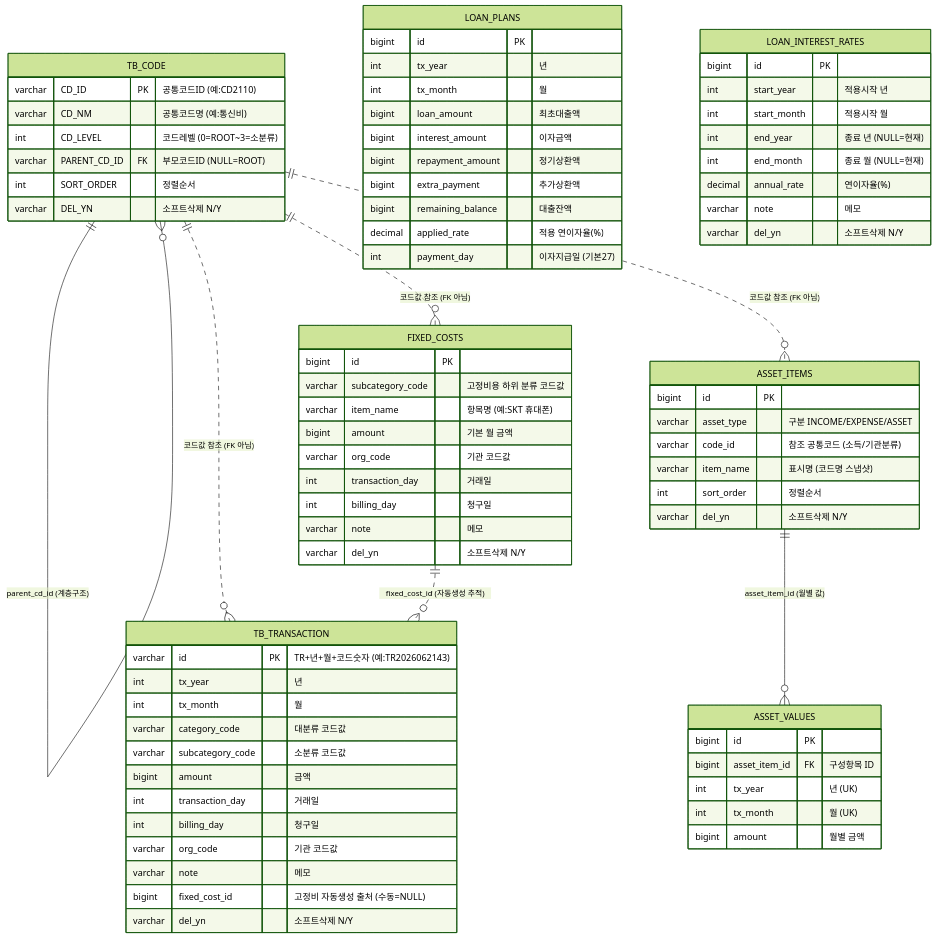
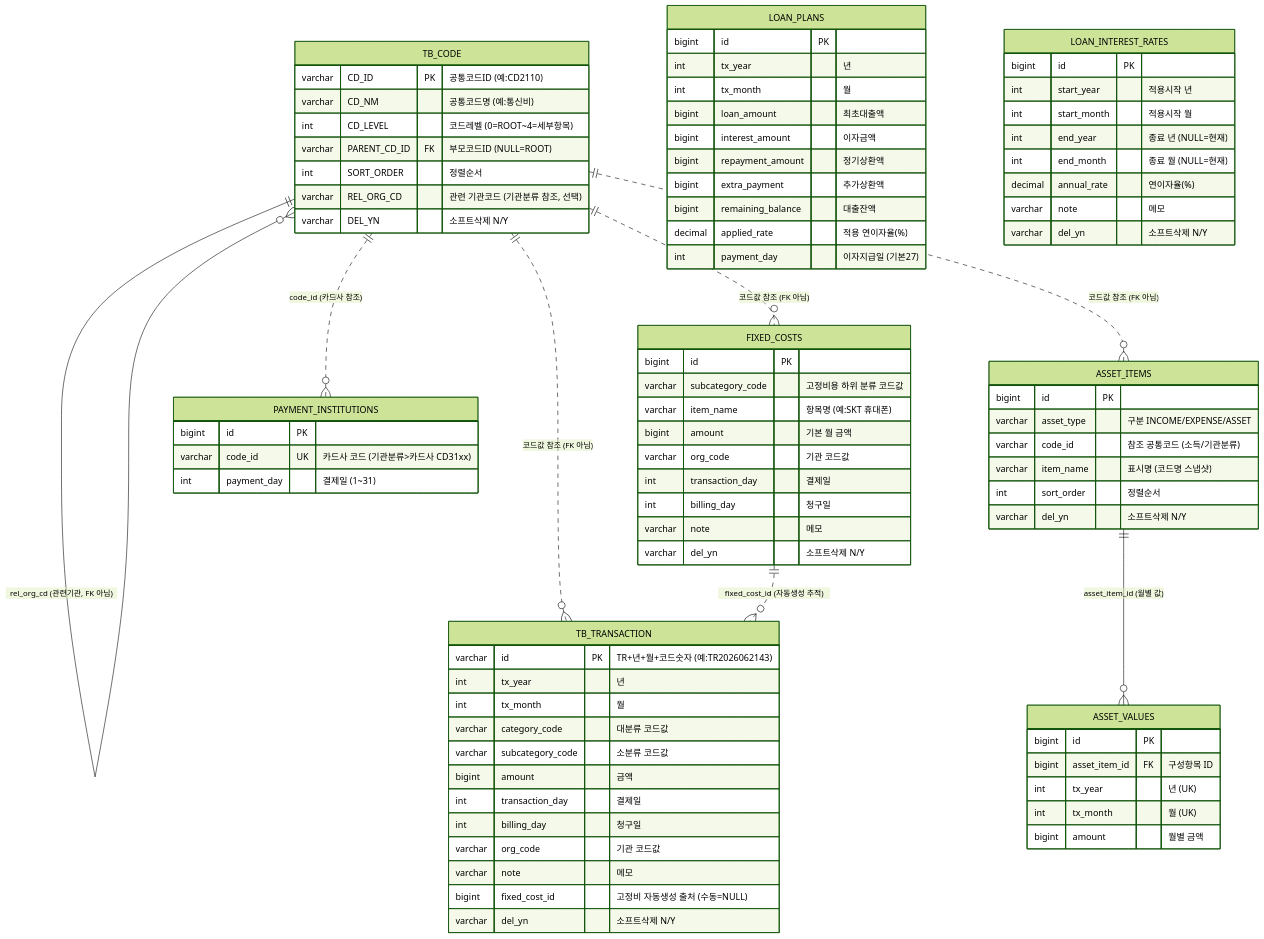
The diagram in ERD.md (yeonzii/finance-app), drawn with Mermaid (forest theme) before and after one commit. The commit also changed other lines of this file and 1 other file, not shown here.

Commit message:
docs: HISTORY/ERD 최신화 (6~12단계, REL_ORG_CD, 결제기관)
- HISTORY: MySQL전환 ~ UI정리(12단계)까지 개발 히스토리 정리
- ERD: TB_CODE.REL_ORG_CD 추가, PAYMENT_INSTITUTIONS 테이블 추가
  - 관련기관/결제기관 관계선·테이블 설명 반영
  - transaction_day 명칭 결제일로 통일

````diff
--- a/ERD.md
+++ b/ERD.md
@@ -8,18 +8,21 @@
 ```mermaid
 erDiagram
     TB_CODE ||--o{ TB_CODE : "parent_cd_id (계층구조)"
+    TB_CODE ||--o{ TB_CODE : "rel_org_cd (관련기관, FK 아님)"
     TB_CODE ||..o{ TB_TRANSACTION : "코드값 참조 (FK 아님)"
     TB_CODE ||..o{ FIXED_COSTS : "코드값 참조 (FK 아님)"
     TB_CODE ||..o{ ASSET_ITEMS : "코드값 참조 (FK 아님)"
+    TB_CODE ||..o{ PAYMENT_INSTITUTIONS : "code_id (카드사 참조)"
     FIXED_COSTS ||..o{ TB_TRANSACTION : "fixed_cost_id (자동생성 추적)"
     ASSET_ITEMS ||--o{ ASSET_VALUES : "asset_item_id (월별 값)"
 
     TB_CODE {
         varchar CD_ID PK "공통코드ID (예:CD2110)"
         varchar CD_NM "공통코드명 (예:통신비)"
-        int CD_LEVEL "코드레벨 (0=ROOT~3=소분류)"
+        int CD_LEVEL "코드레벨 (0=ROOT~4=세부항목)"
         varchar PARENT_CD_ID FK "부모코드ID (NULL=ROOT)"
         int SORT_ORDER "정렬순서"
+        varchar REL_ORG_CD "관련 기관코드 (기관분류 참조, 선택)"
         varchar DEL_YN "소프트삭제 N/Y"
     }
 
@@ -30,7 +33,7 @@
         varchar category_code "대분류 코드값"
         varchar subcategory_code "소분류 코드값"
         bigint amount "금액"
-        int transaction_day "거래일"
+        int transaction_day "결제일"
         int billing_day "청구일"
         varchar org_code "기관 코드값"
         varchar note "메모"
@@ -44,10 +47,16 @@
         varchar item_name "항목명 (예:SKT 휴대폰)"
         bigint amount "기본 월 금액"
         varchar org_code "기관 코드값"
-        int transaction_day "거래일"
+        int transaction_day "결제일"
         int billing_day "청구일"
         varchar note "메모"
         varchar del_yn "소프트삭제 N/Y"
+    }
+
+    PAYMENT_INSTITUTIONS {
+        bigint id PK
+        varchar code_id UK "카드사 코드 (기관분류>카드사 CD31xx)"
+        int payment_day "결제일 (1~31)"
     }
 
     ASSET_ITEMS {
````
